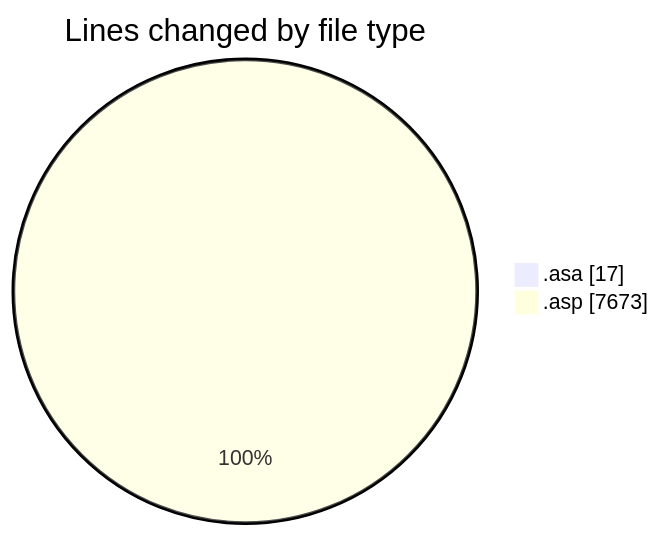
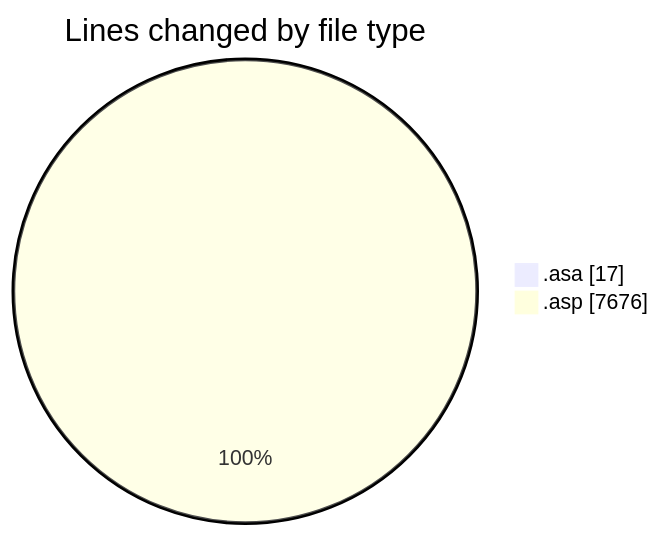
The first of 2 diagrams in 2025-11-06/usr_aleoudev_fr__workspace_/README.md (julien-gomy/code-tracking), drawn with Mermaid before and after one commit. The commit also changed other lines of this file and 1 other file, not shown here.

````diff
--- a/2025-11-06/usr_aleoudev_fr__workspace_/README.md
+++ b/2025-11-06/usr_aleoudev_fr__workspace_/README.md
@@ -24,6 +24,6 @@
 ```mermaid
 pie showData
 title Lines changed by file type
 ".asa" : 17
-".asp" : 7673
+".asp" : 7676
 ```
````
